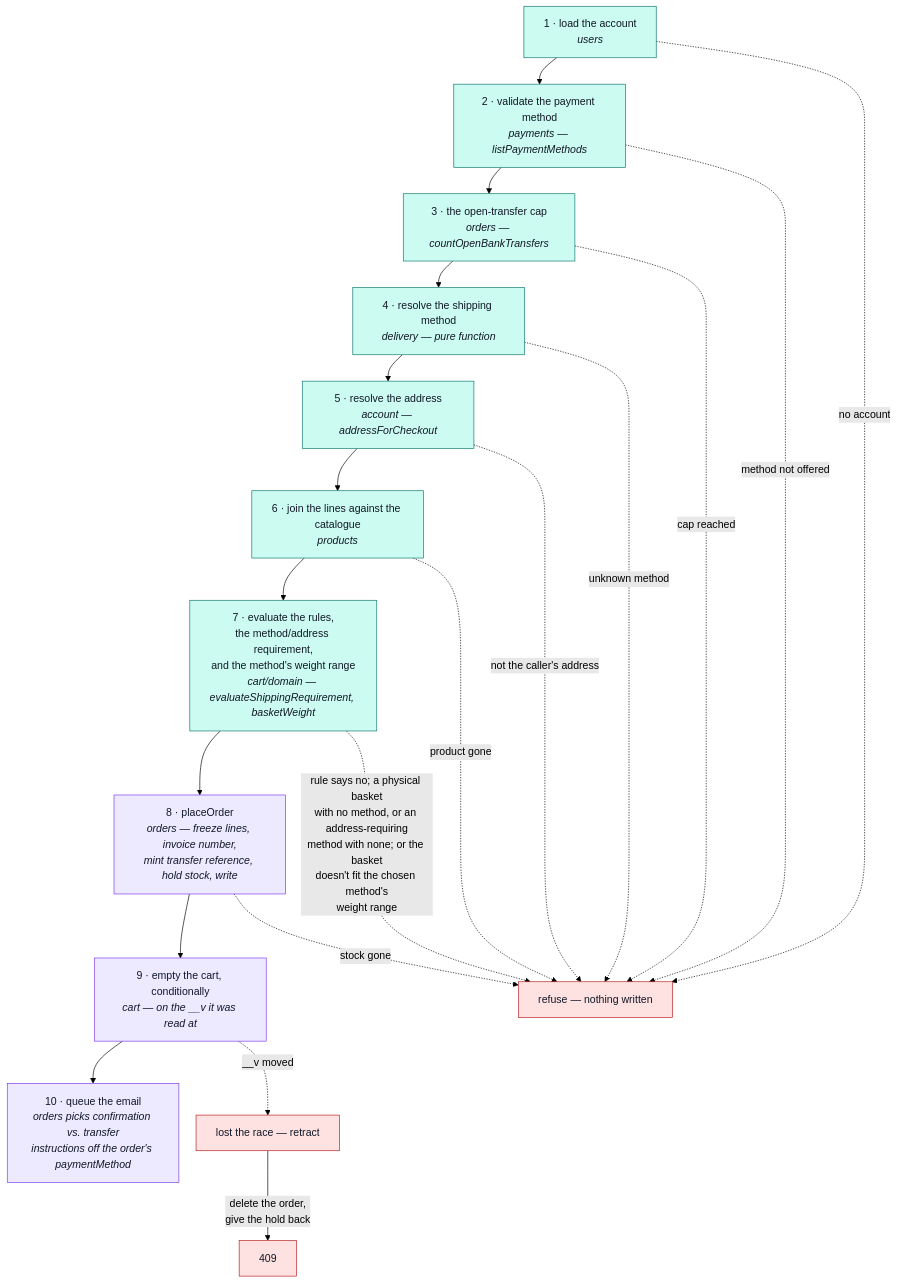
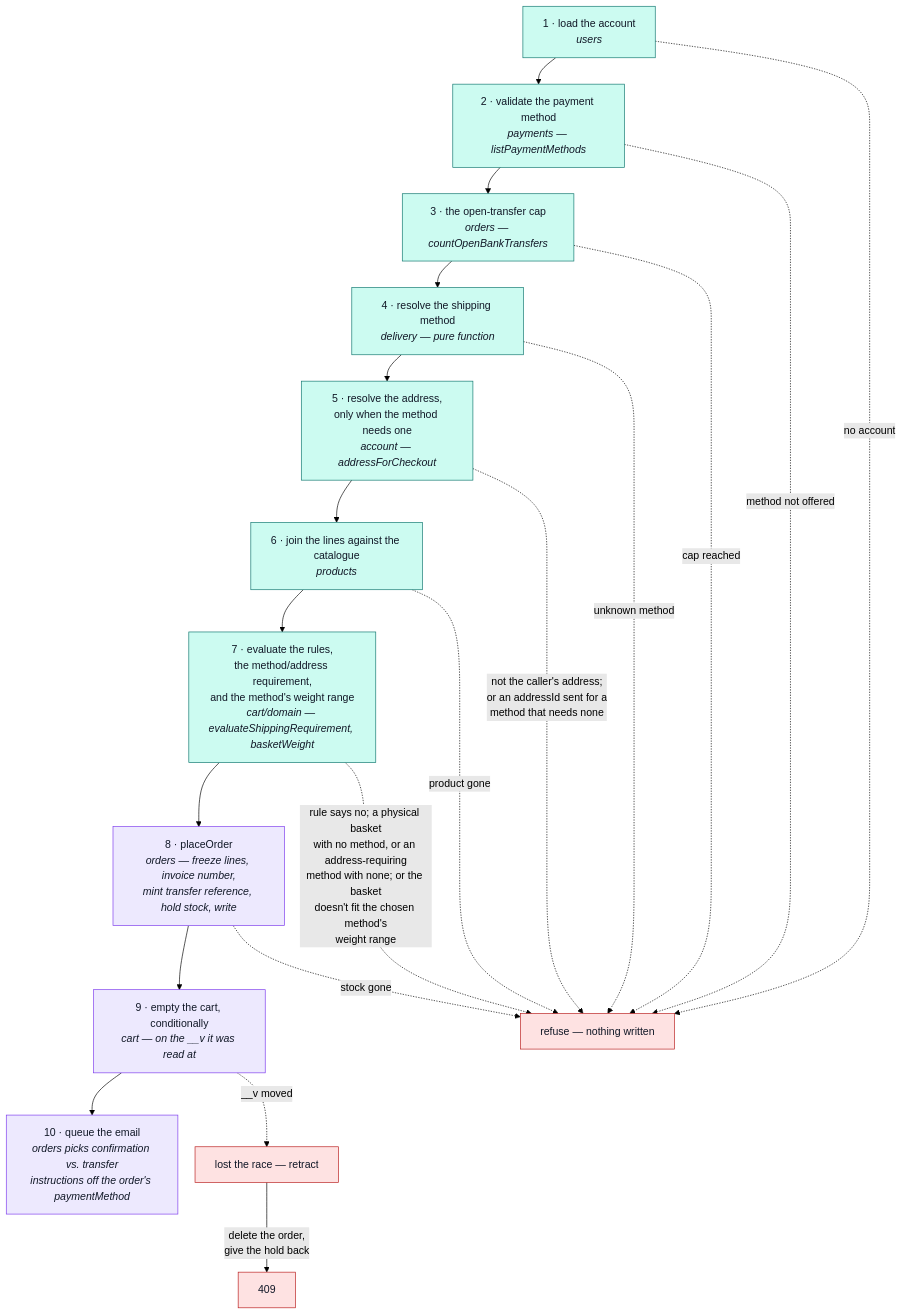
Before and after one commit to Guebbit/boilerplate-node-backend: the diagram in docs/modules/cart-checkout.md, drawn with Mermaid (forest theme). The commit also changed other lines of this file and 6 other files, not shown here.

First line of the commit message:
fix(cart)!: stop freezing the caller's default address onto a pickup order

````diff
--- a/docs/modules/cart-checkout.md
+++ b/docs/modules/cart-checkout.md
@@ -25,34 +25,34 @@
 ```mermaid
 %%{init: {'flowchart': {'nodeSpacing': 26, 'rankSpacing': 40}}}%%
 flowchart TD
     A["1 · load the account<br/><i>users</i>"] --> P["2 · validate the payment method<br/><i>payments — listPaymentMethods</i>"]
     P --> Q["3 · the open-transfer cap<br/><i>orders — countOpenBankTransfers</i>"]
     Q --> B["4 · resolve the shipping method<br/><i>delivery — pure function</i>"]
-    B --> C["5 · resolve the address<br/><i>account — addressForCheckout</i>"]
+    B --> C["5 · resolve the address,<br/>only when the method needs one<br/><i>account — addressForCheckout</i>"]
     C --> D["6 · join the lines against the catalogue<br/><i>products</i>"]
     D --> E["7 · evaluate the rules,<br/>the method/address requirement,<br/>and the method's weight range<br/><i>cart/domain — evaluateShippingRequirement, basketWeight</i>"]
     E --> F["8 · placeOrder<br/><i>orders — freeze lines, invoice number,<br/>mint transfer reference, hold stock, write</i>"]
     F --> H["9 · empty the cart, conditionally<br/><i>cart — on the __v it was read at</i>"]
     H --> I["10 · queue the email<br/><i>orders picks confirmation vs. transfer<br/>instructions off the order's paymentMethod</i>"]
 
     R["refuse — nothing written"]
     A -.->|"no account"| R
     P -.->|"method not offered"| R
     Q -.->|"cap reached"| R
     B -.->|"unknown method"| R
-    C -.->|"not the caller's address"| R
+    C -.->|"not the caller's address;<br/>or an addressId sent for a<br/>method that needs none"| R
     D -.->|"product gone"| R
     E -.->|"rule says no; a physical basket<br/>with no method, or an address-requiring<br/>method with none; or the basket<br/>doesn't fit the chosen method's<br/>weight range"| R
     F -.->|"stock gone"| R
 
     L["lost the race — retract"]
     H -.->|"__v moved"| L
     L -->|"delete the order,<br/>give the hold back"| M["409"]
 
     classDef read fill:#ccfbf1,stroke:#0f766e,color:#111827;
     classDef write fill:#ede9fe,stroke:#7c3aed,color:#111827;
     classDef bad fill:#fee2e2,stroke:#b91c1c,color:#111827;
     class A,P,Q,B,C,D,E read;
     class F,H,I write;
     class R,L,M bad;
 ```
````
